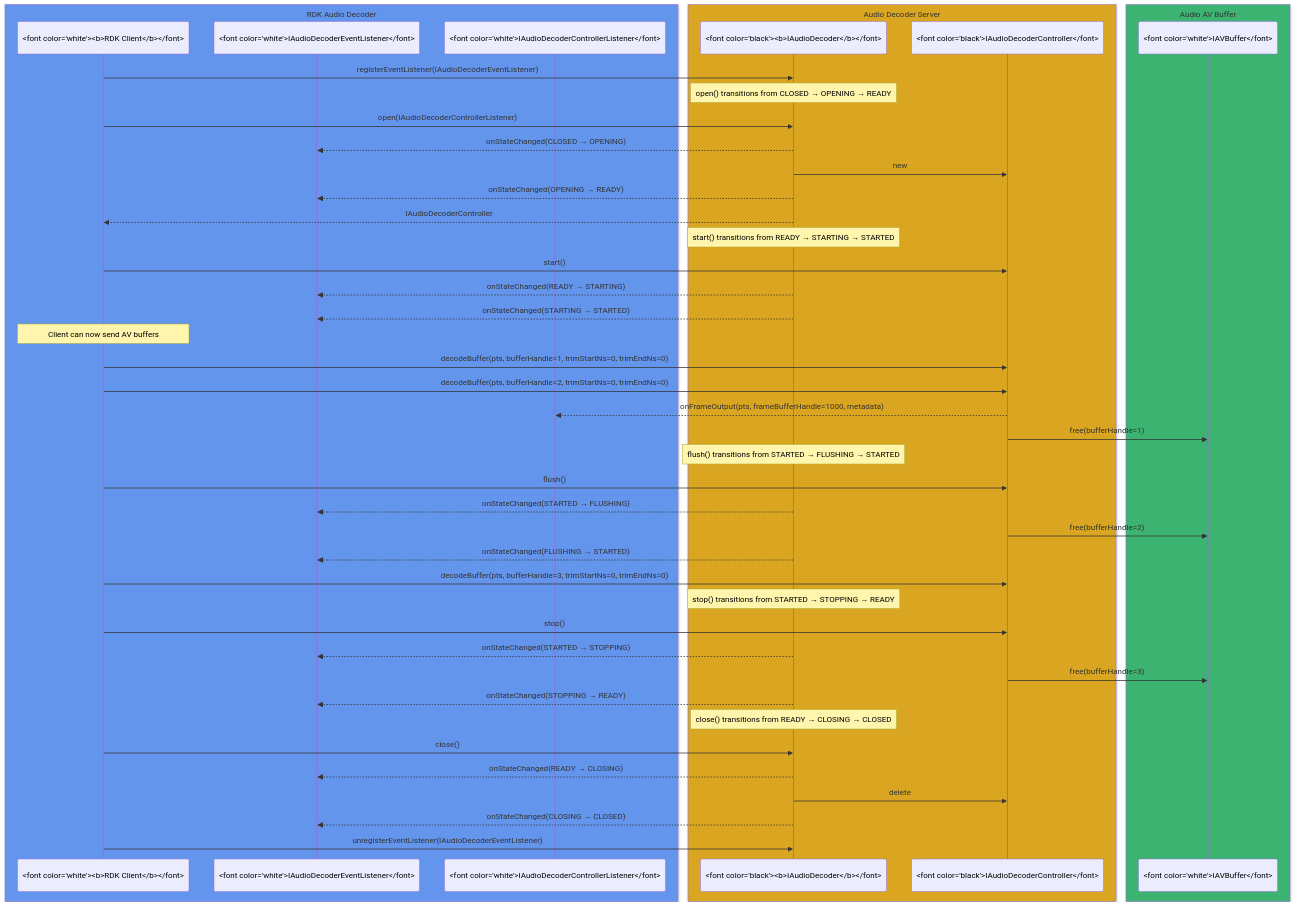
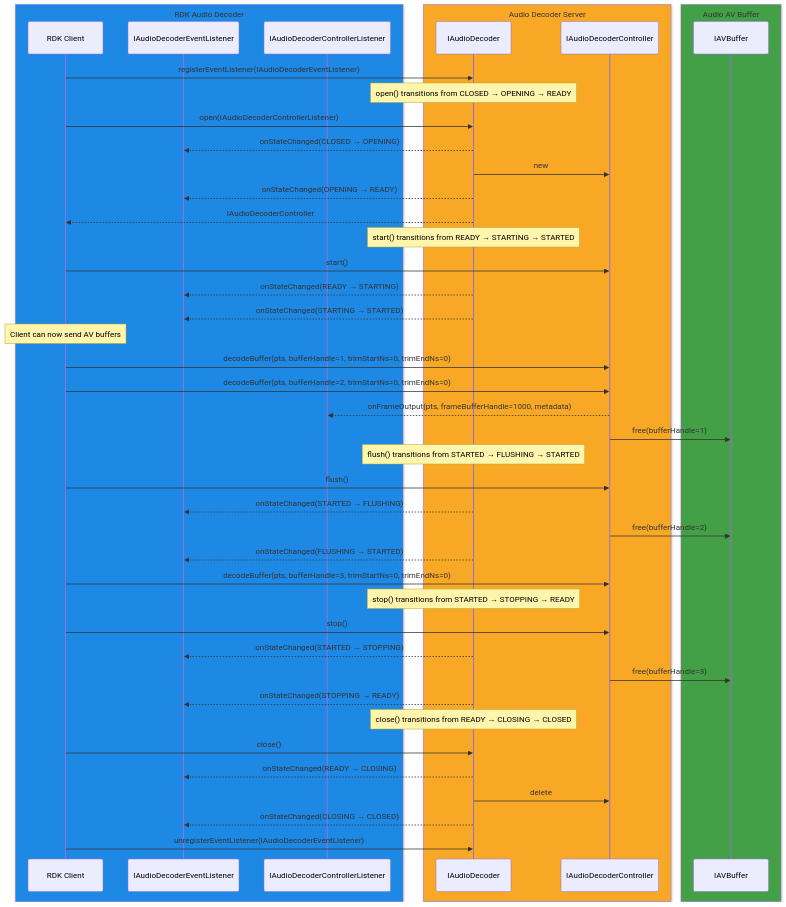
The third of 3 diagrams in docs/halif/audio_decoder/current/audio_decoder.md (rdkcentral/rdk-halif-aidl), drawn with Mermaid before and after one commit. The commit also changed other lines of this file and 27 other files, not shown here.

````diff
--- a/docs/halif/audio_decoder/current/audio_decoder.md
+++ b/docs/halif/audio_decoder/current/audio_decoder.md
@@ -349,60 +368,60 @@
 ```mermaid
 sequenceDiagram
-    %% RDK Audio Decoder Box with contrasting text
-    box rgb(100,149,237) RDK Audio Decoder 
-      participant Client as <font color="white"><b>RDK Client</b></font>
-      participant IAudioDecoderEventListener as <font color="white">IAudioDecoderEventListener</font>
-      participant IAudioDecoderControllerListener as <font color="white">IAudioDecoderControllerListener</font>
+    %% --- RDK Audio Decoder ---
+    box rgb(30,136,229) RDK Audio Decoder 
+        participant Client as RDK Client
+        participant IAudioDecoderEventListener as IAudioDecoderEventListener
+        participant IAudioDecoderControllerListener as IAudioDecoderControllerListener
     end
     
-    %% Audio Decoder Server Box with contrasting text
-    box rgb(218,165,32) Audio Decoder Server
-      participant ADC as <font color="black"><b>IAudioDecoder</b></font>
-      participant Controller as <font color="black">IAudioDecoderController</font>
+    %% --- Audio Decoder Server ---
+    box rgb(249,168,37) Audio Decoder Server
+        participant ADC as IAudioDecoder
+        participant Controller as IAudioDecoderController
     end
     
-    %% Audio AV Buffer Box with contrasting text
-    box rgb(60,179,113) Audio AV Buffer
-      participant IAVBuffer as <font color="white">IAVBuffer</font>
+    %% --- Audio AV Buffer ---
+    box rgb(67,160,71) Audio AV Buffer
+        participant IAVBuffer as IAVBuffer
     end
 
     Client->>ADC: registerEventListener(IAudioDecoderEventListener)
     
     Note over ADC: open() transitions from CLOSED → OPENING → READY
     Client->>ADC: open(IAudioDecoderControllerListener)
     ADC-->>IAudioDecoderEventListener: onStateChanged(CLOSED → OPENING)
     ADC->>Controller: new
     ADC-->>IAudioDecoderEventListener: onStateChanged(OPENING → READY)
     ADC-->>Client: IAudioDecoderController
 
     Note over ADC: start() transitions from READY → STARTING → STARTED
     Client->>Controller: start()
     ADC-->>IAudioDecoderEventListener: onStateChanged(READY → STARTING)
     ADC-->>IAudioDecoderEventListener: onStateChanged(STARTING → STARTED)
 
     Note over Client: Client can now send AV buffers
     Client->>Controller: decodeBuffer(pts, bufferHandle=1, trimStartNs=0, trimEndNs=0)
     Client->>Controller: decodeBuffer(pts, bufferHandle=2, trimStartNs=0, trimEndNs=0)
     Controller-->>IAudioDecoderControllerListener: onFrameOutput(pts, frameBufferHandle=1000, metadata)
     Controller->>IAVBuffer: free(bufferHandle=1)
 
     Note over ADC: flush() transitions from STARTED → FLUSHING → STARTED
     Client->>Controller: flush()
     ADC-->>IAudioDecoderEventListener: onStateChanged(STARTED → FLUSHING)
     Controller->>IAVBuffer: free(bufferHandle=2)
     ADC-->>IAudioDecoderEventListener: onStateChanged(FLUSHING → STARTED)
     Client->>Controller: decodeBuffer(pts, bufferHandle=3, trimStartNs=0, trimEndNs=0)
 
     Note over ADC: stop() transitions from STARTED → STOPPING → READY
     Client->>Controller: stop()
     ADC-->>IAudioDecoderEventListener: onStateChanged(STARTED → STOPPING)
     Controller->>IAVBuffer: free(bufferHandle=3)
     ADC-->>IAudioDecoderEventListener: onStateChanged(STOPPING → READY)
 
     Note over ADC: close() transitions from READY → CLOSING → CLOSED
     Client->>ADC: close()
     ADC-->>IAudioDecoderEventListener: onStateChanged(READY → CLOSING)
     ADC->>Controller: delete
     ADC-->>IAudioDecoderEventListener: onStateChanged(CLOSING → CLOSED)
     Client->>ADC: unregisterEventListener(IAudioDecoderEventListener)
 ```
````
